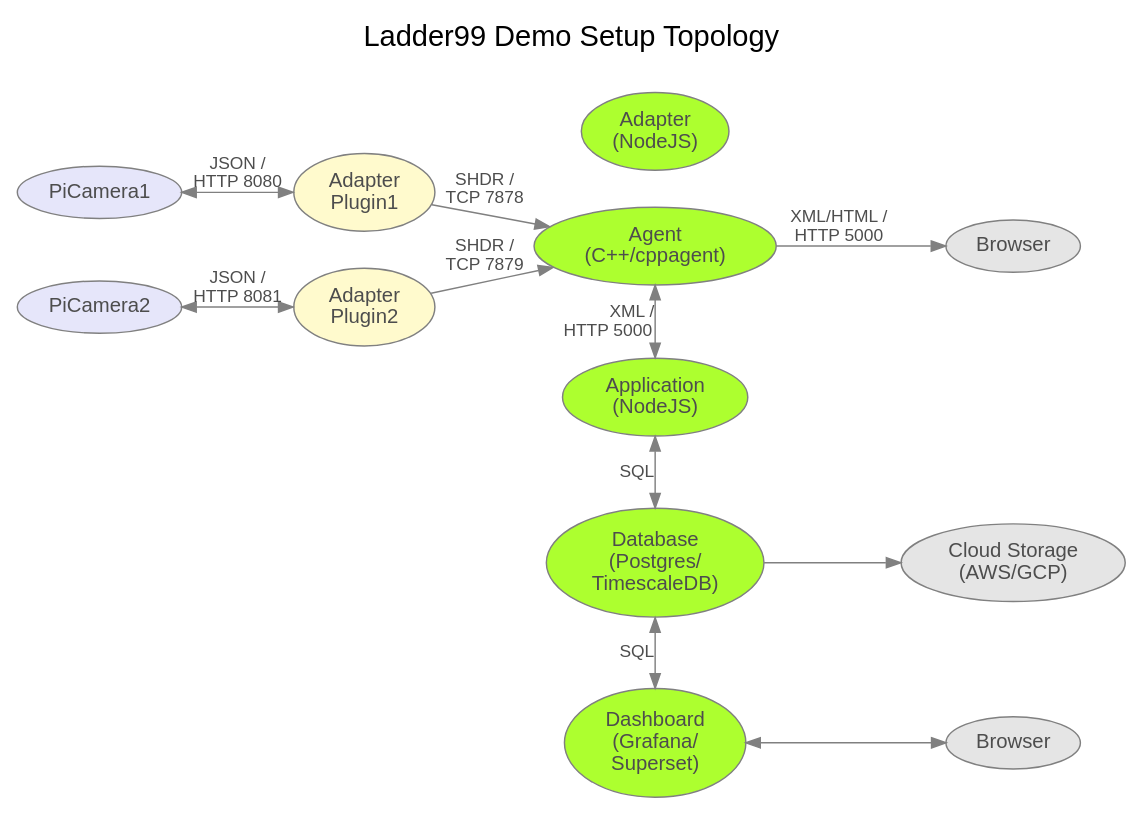
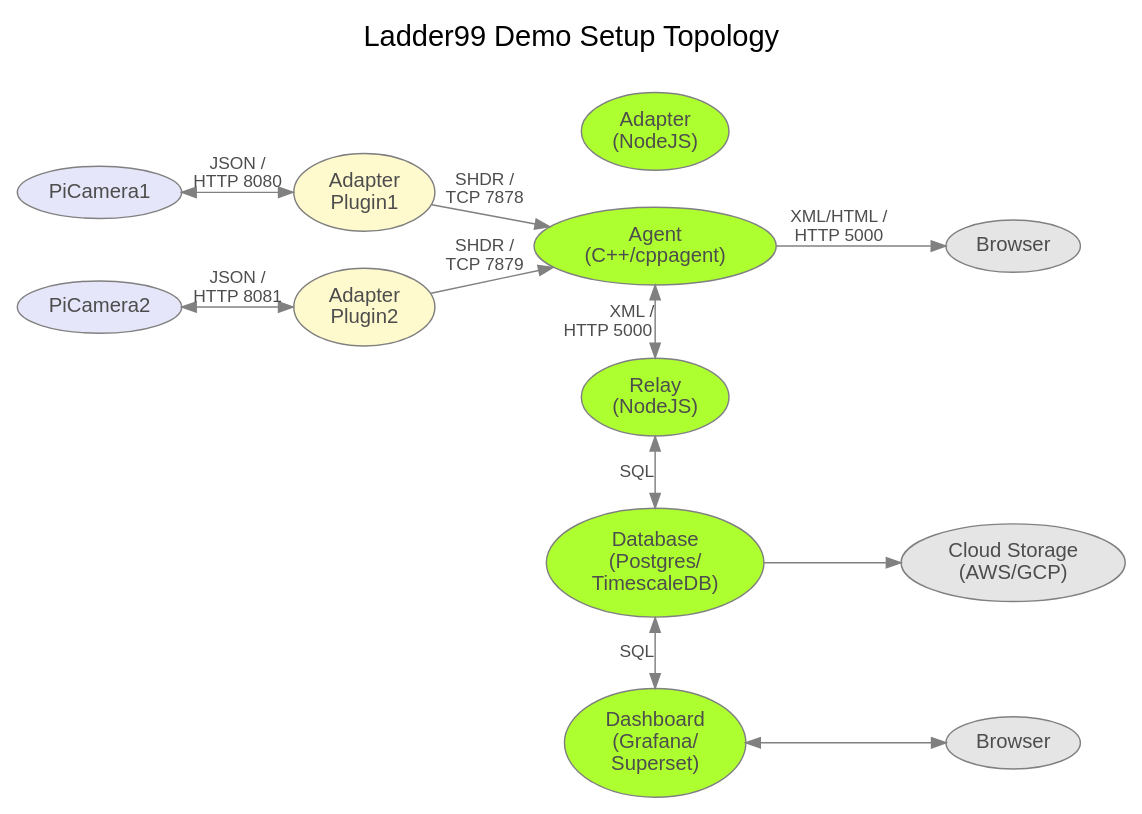
One commit to Ladder99/ladder99 changed the diagram in setups/demo/topology.dot. Above: the diagram before and after it, drawn with Graphviz. The commit also changed 7 other files, not shown here.

```diff
--- a/setups/demo/topology.dot
+++ b/setups/demo/topology.dot
@@ -1,128 +1,128 @@
 // graphviz diagram
 // colors https://www.graphviz.org/doc/info/colors.html
 
 digraph {
 
   //------------------------------------------------------------------------
   // styles
   //------------------------------------------------------------------------
 
   graph [ label="Ladder99 Demo Setup Topology\n ", color=lightgray; ];
   graph [ fontsize=20 ];
   graph [ labelloc=t ];
   graph [ ranksep=0.2 ];
   graph [ nodesep=0.35 ];
   graph [ rankdir=LR; ] // left-to-right
   graph [ fontname="sans-serif" ];
 
   node [ color=gray, fillcolor=white, style=filled ];
   node [ fontname="sans-serif", fontcolor=gray30 ];
 
   edge [ color=gray ];
   edge [ fontsize=12, fontcolor=gray30 ];
   edge [ fontname="sans-serif" ];
 
   //------------------------------------------------------------------------
   // nodes
   //------------------------------------------------------------------------
 
   // devices
   // PA [ fillcolor=lavender, label="CCS P&A" ];
   // HMI [ fillcolor=lavender, label="Rockwell HMI" ];
   // Motor [ fillcolor=lavender, label="VFD Motor" ];
   // OldMachine3 [ fillcolor=lavender, label="Device" ];
   Camera1 [ fillcolor=lavender, label="PiCamera1" ];
   Camera2 [ fillcolor=lavender, label="PiCamera2" ];
   // Autoclave [ fillcolor=lavender, label="Autoclave" ];
   // OldMachine1 [ fillcolor=lavender, label="Old Machine 1" ];
 
   // intermediaries
   // Broker1 [ fillcolor=lightblue, label="MQTT Broker\n(Mosquitto)" ];
   // Broker3 [ fillcolor=lightblue, label="MQTT Broker\n(Mosquitto)" ];
   // Broker4 [ fillcolor=lightblue, label="MQTT Broker\n(Mosquitto)" ];
   // Kepware1 [ fillcolor=lightblue, label="Kepware\n(Windows)"];
   // Kepware2 [ fillcolor=lightblue, label="Kepware+\nIoT Gateway\n(Windows)"];
   // CPC [ fillcolor=lightblue, label="ASC CPC" ];
   // PLC4X [ fillcolor=lightblue, label="PLC4X\n(Java)" ];
 
   // mtconnect
   // Adapter [ fillcolor=greenyellow, label="Adapter\nwith cache and\nplugins\n(NodeJS)" ];
   Adapter [ fillcolor=greenyellow, label="Adapter\n(NodeJS)" ];
   Agent [ fillcolor=greenyellow, label="Agent\n(C++/cppagent)" ];
-  Application [ fillcolor=greenyellow, label="Application\n(NodeJS)" ];
+  Relay [ fillcolor=greenyellow, label="Relay\n(NodeJS)" ];
 
   // adapter
   AdapterPlugin1 [ fillcolor=lemonchiffon, label="Adapter\nPlugin1" ];
   AdapterPlugin2 [ fillcolor=lemonchiffon, label="Adapter\nPlugin2" ];
   // AdapterCache [ fillcolor=lavenderblush, label="Adapter\nCache" ];
 
   // diode
   // DiodeSender [ label="Diode Sender\n(Java+RabbitMQ)" ];
   // DiodeReceiver [ label="Diode Receiver\n(Java+RabbitMQ)" ];
 
   // applications
   Database [ fillcolor=greenyellow, label="Database\n(Postgres/\nTimescaleDB)" ];
   Dashboard [ fillcolor=greenyellow, label="Dashboard\n(Grafana/\nSuperset)" ];
   Cloud [ fillcolor=gray90, label="Cloud Storage\n(AWS/GCP)" ];
   Browser [ fillcolor=gray90 ];
   Browser2 [ fillcolor=gray90, label="Browser" ];
   // LOI [ fillcolor=gray90, label="LOI\n(SvelteJS)" ];
 
   // users
   // Admin [ fillcolor=lightyellow ];
   // Operator [ fillcolor=lightyellow ];
 
 
   //------------------------------------------------------------------------
   // edges
   //------------------------------------------------------------------------
 
   // PA -> Broker1 [ label="  TCP  ", dir=both ];
   // Camera -> Broker3 [ label="  TCP  ", dir=both ];
   // Autoclave -> CPC [ dir=both ];
   // Broker1 -> Adapter [ label="MQTT", dir=both ];
   // Broker3 -> Adapter [ label="MQTT", dir=both ];
   // Broker4 -> Adapter [ label="MQTT", dir=both ];
   // OldMachine1 -> PLC4X; // [ label="proprietary\nprotocol" ];
   // PLC4X -> Broker3 [ label="" ];
   // Camera1 -> Adapter [ label="JSON /\nHTTP 8080", dir=both ];
   // Camera2 -> Adapter [ label="JSON /\nHTTP 8081", dir=both ];
   Camera1 -> AdapterPlugin1 [ label="JSON /\nHTTP 8080", dir=both ];
   Camera2 -> AdapterPlugin2 [ label="JSON /\nHTTP 8081", dir=both ];
   // AdapterPlugin1 -> Adapter;
   // AdapterPlugin2 -> Adapter;
   // AdapterPlugin1 -> AdapterCache;
   // AdapterPlugin2 -> AdapterCache;
   // AdapterCache -> Adapter;
   AdapterPlugin1 -> Agent [ label="SHDR /\nTCP 7878" ];
   AdapterPlugin2 -> Agent [ label="SHDR /\nTCP 7879" ];
   // HMI -> Kepware1 [ label="ethernet/ip" ];
   // Motor -> Kepware1 [ label="modbus" ];
   // Kepware1 -> Adapter [ label="OPC/UA" ];
   // Kepware2 -> Gateway;
   // CPC -> Adapter [ label="text" ];
   // Gateway -> Broker4 [ label="MQTT" ];
   // OldMachine3 -> Kepware2;
   // Kepware2 -> Broker4 [ label="MQTT" ];
   // Adapter -> Agent [ label="SHDR /   \nTCP 7878+         ", dir=both ];
   // Adapter -> DiodeSender [ label="SHDR /   \nTCP 7878      ", dir=both, style=dotted ];
   // DiodeSender -> DiodeReceiver [ label="UDP    ", style=dotted ];
   // DiodeReceiver -> Agent [ label="SHDR /    \nTCP 7878        ", style=dotted ];
-  Agent -> Application [ dir=both; label="XML / \nHTTP 5000          " ];
+  Agent -> Relay [ dir=both; label="XML / \nHTTP 5000          " ];
   Agent -> Browser [ label="XML/HTML /\nHTTP 5000" ];
-  Application -> Database [ label="SQL  ", dir=both ];
+  Relay -> Database [ label="SQL  ", dir=both ];
   Database -> Dashboard [ label="SQL  ", dir=both ];
   Database -> Cloud;
   Dashboard -> Browser2 [ dir=both ];
-  // Application -> LOI;
+  // Relay -> LOI;
   // LOI -> Operator;
 
 
   //------------------------------------------------------------------------
   // ranks
   //------------------------------------------------------------------------
 
-  { rank=same; Adapter Agent Application Database Dashboard };
+  { rank=same; Adapter Agent Relay Database Dashboard };
   // { rank=same; DiodeSender DiodeReceiver Cloud Admin };
   // { rank=same; Cloud Admin };
 }
```
